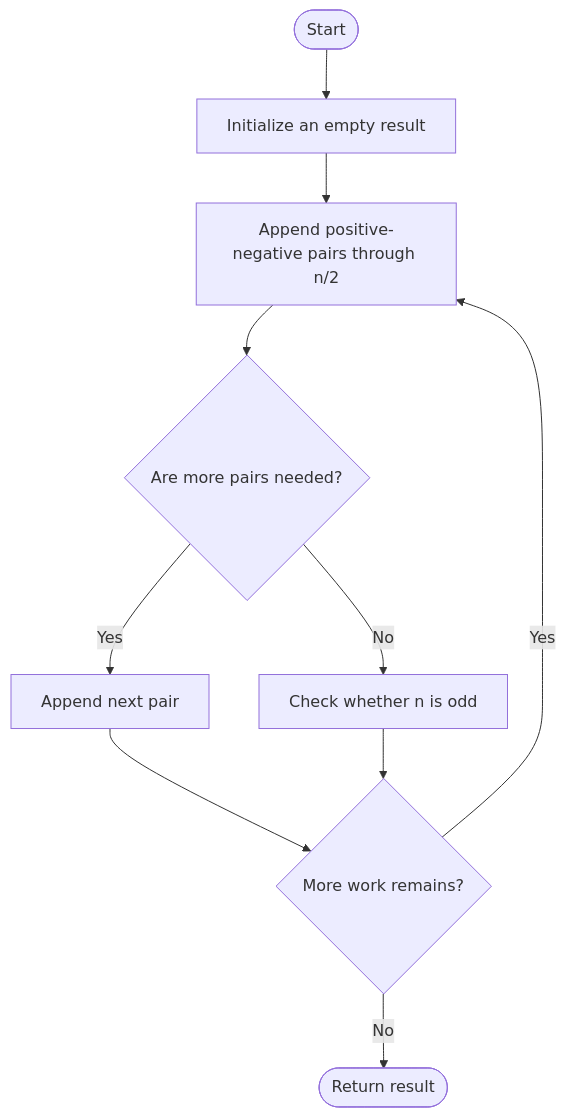
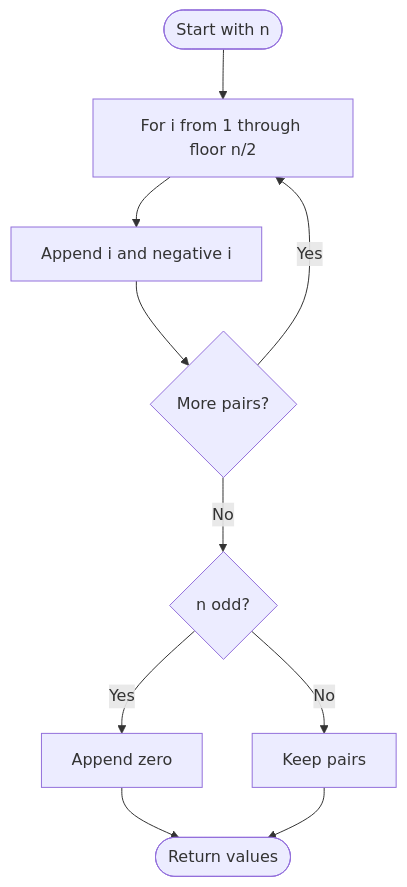
One commit to SAIDEEPBHANGE/C-CPP-Codes changed the diagram in LeetCode/1304/README.md. Above: the diagram before and after it, drawn with Mermaid. The commit also changed other lines of this file and 196 other files, not shown here.

````diff
--- a/LeetCode/1304/README.md
+++ b/LeetCode/1304/README.md
@@ -13,12 +45,12 @@
 ```mermaid
 flowchart TD
- A([Start]) --> B[Initialize an empty result]
- B --> C[Append positive-negative pairs through n/2]
- C --> D{Are more pairs needed?}
- D -- Yes --> E[Append next pair]
- D -- No --> F[Check whether n is odd]
- E --> G{More work remains?}
- F --> G
- G -- Yes --> C
- G -- No --> H([Return result])
+ A([Start with n]) --> B[For i from 1 through floor n/2]
+ B --> C[Append i and negative i]
+ C --> D{More pairs?}
+ D -- Yes --> B
+ D -- No --> E{n odd?}
+ E -- Yes --> F[Append zero]
+ E -- No --> G[Keep pairs]
+ F --> H([Return values])
+ G --> H
 ```
````
